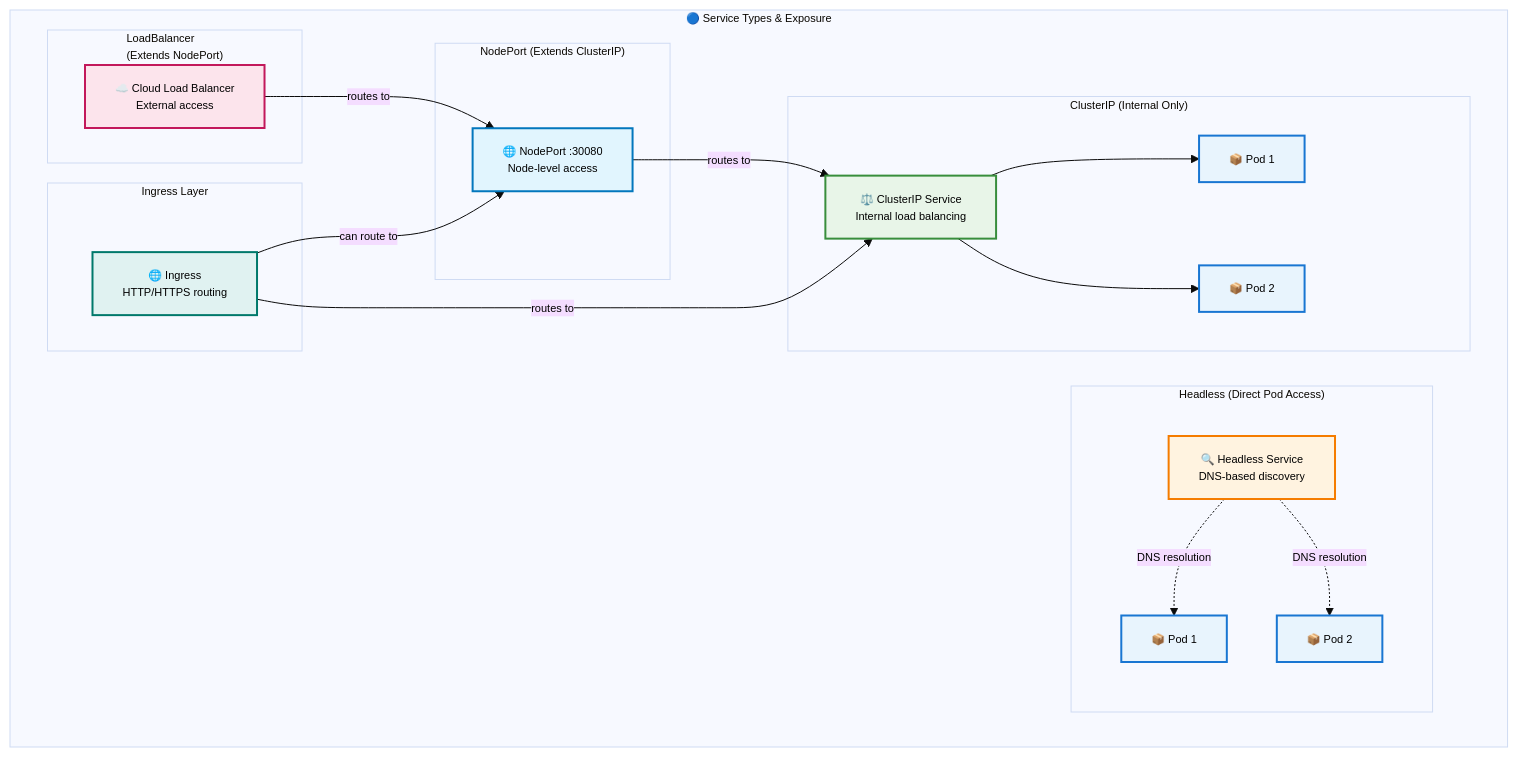
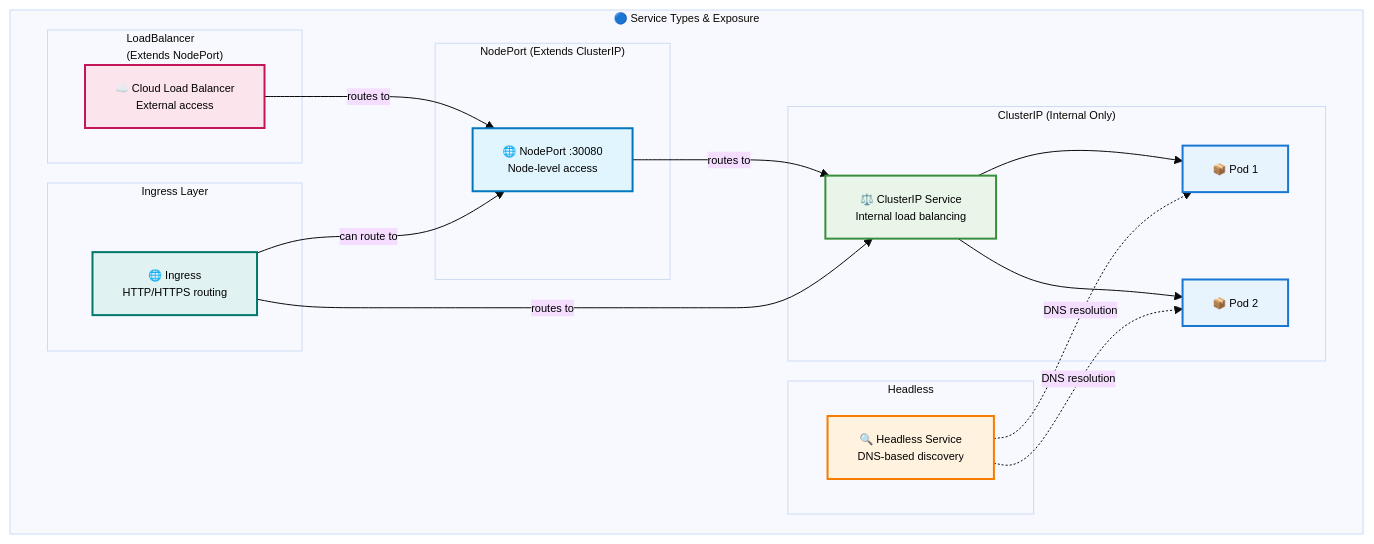
One commit to razkevich/system_design_course changed the fourth of 13 diagrams in 1.4_distributed_systems/kubernetes_resource_hierarchy_guide.md. Above: the diagram before and after it, drawn with Mermaid.

Commit message:
exactly once

````diff
--- a/1.4_distributed_systems/kubernetes_resource_hierarchy_guide.md
+++ b/1.4_distributed_systems/kubernetes_resource_hierarchy_guide.md
@@ -137,44 +137,48 @@
 ```mermaid
 %%{init: {'theme':'base', 'themeVariables': { 'primaryTextColor': '#000', 'fontSize': '11px'}}}%%
 flowchart TD
     subgraph "🔵 Service Types & Exposure"
         
         subgraph "ClusterIP (Internal Only)"
             ClusterIP["⚖️ ClusterIP Service<br/>Internal load balancing"]
             ClusterIP --> P1["📦 Pod 1"]
             ClusterIP --> P2["📦 Pod 2"]
+        end
+        
+        subgraph "Headless"
+            HeadlessService["🔍 Headless Service<br/>DNS-based discovery"]
         end
         
         subgraph "NodePort (Extends ClusterIP)"
             NodePort["🌐 NodePort :30080<br/>Node-level access"]
             NodePort -->|"routes to"| ClusterIP
         end
         
         subgraph "LoadBalancer <br> (Extends NodePort)"
             LoadBalancer["☁️ Cloud Load Balancer<br/>External access"]
             LoadBalancer -->|"routes to"| NodePort
         end
         
-        subgraph "Headless (Direct Pod Access)"
-            HeadlessService["🔍 Headless Service<br/>DNS-based discovery"]
-            HeadlessService -.->|"DNS resolution"| HP1["📦 Pod 1"]
-            HeadlessService -.->|"DNS resolution"| HP2["📦 Pod 2"]
-        end
-        
         subgraph "Ingress Layer"
             IngressRoute["🌐 Ingress<br/>HTTP/HTTPS routing"]
             IngressRoute -->|"routes to"| ClusterIP
             IngressRoute -->|"can route to"| NodePort
         end
+        
+        subgraph "Headless"
+            HeadlessService["🔍 Headless Service<br/>DNS-based discovery"]
+        end
+        
+        %% Headless service references existing pods
+        HeadlessService -.->|"DNS resolution"| P1
+        HeadlessService -.->|"DNS resolution"| P2
     end
     
     style ClusterIP fill:#e8f5e8,stroke:#388e3c,stroke-width:2px,color:#000
     style NodePort fill:#e1f5fe,stroke:#0277bd,stroke-width:2px,color:#000
     style LoadBalancer fill:#fce4ec,stroke:#c2185b,stroke-width:2px,color:#000
     style HeadlessService fill:#fff3e0,stroke:#f57c00,stroke-width:2px,color:#000
     style IngressRoute fill:#e0f2f1,stroke:#00796b,stroke-width:2px,color:#000
     style P1 fill:#e8f4fd,stroke:#1976d2,stroke-width:2px,color:#000
     style P2 fill:#e8f4fd,stroke:#1976d2,stroke-width:2px,color:#000
-    style HP1 fill:#e8f4fd,stroke:#1976d2,stroke-width:2px,color:#000
-    style HP2 fill:#e8f4fd,stroke:#1976d2,stroke-width:2px,color:#000
 ```
````
